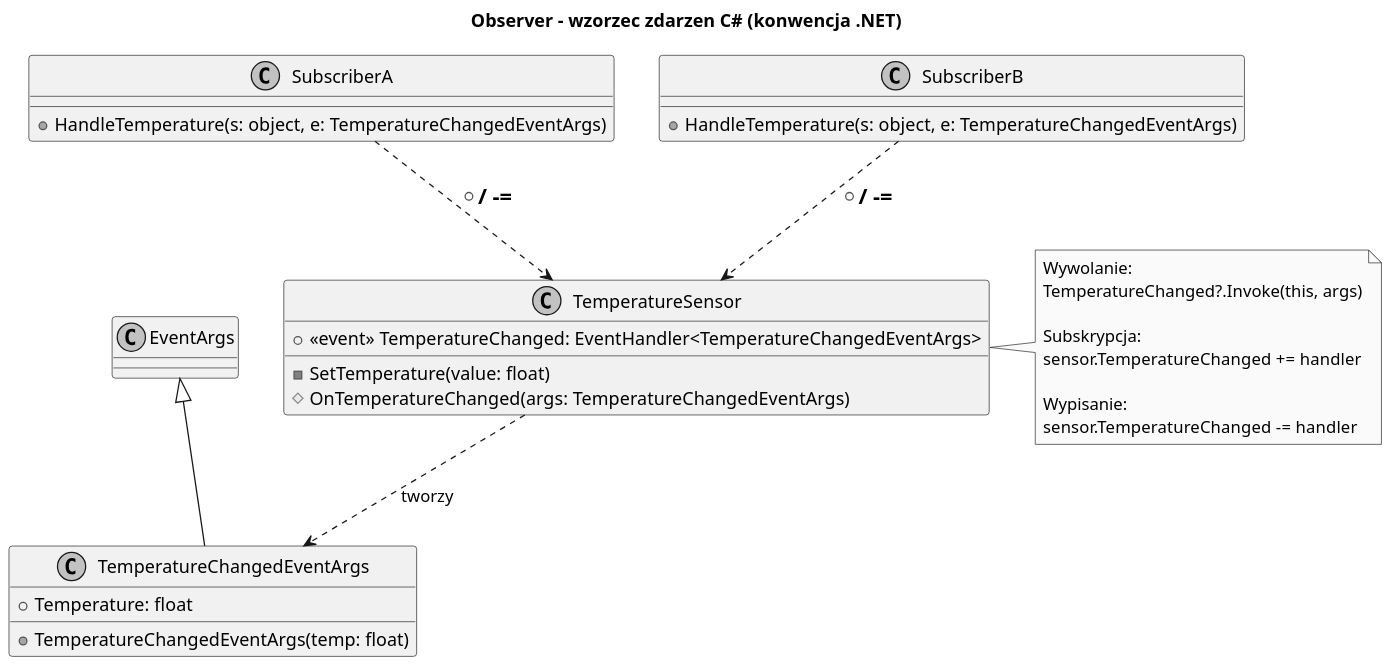
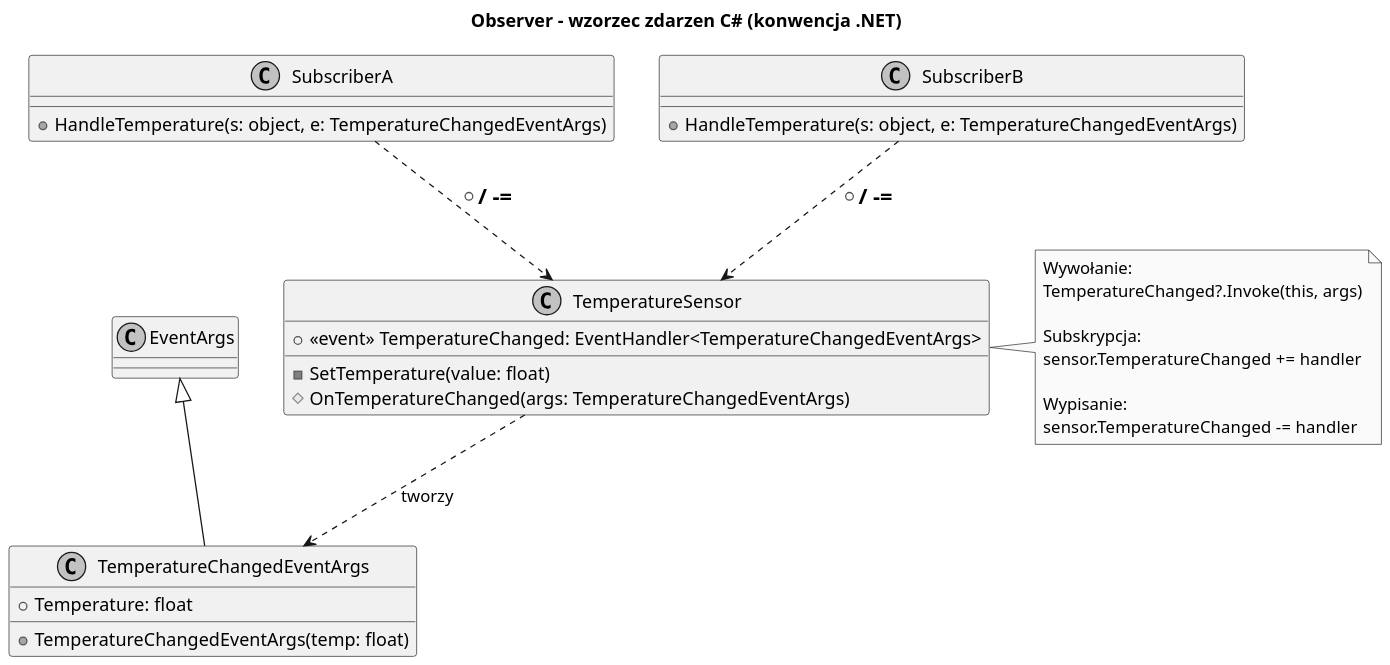
One commit to tborzyszkowski/DesignPatterns changed the diagram in src/13-obserwator/04-typy-implementacji-i-wybor/diagrams/02-event-pattern.puml. Above: the diagram before and after it, drawn with PlantUML. The commit also changed 87 other files, not shown here.

```diff
--- a/src/13-obserwator/04-typy-implementacji-i-wybor/diagrams/02-event-pattern.puml
+++ b/src/13-obserwator/04-typy-implementacji-i-wybor/diagrams/02-event-pattern.puml
@@ -1,46 +1,46 @@
 @startuml observer_event_pattern
 title Observer - wzorzec zdarzen C# (konwencja .NET)
 
 skinparam monochrome true
 skinparam dpi 150
 
 class EventArgs {
 }
 
 class TemperatureChangedEventArgs {
     + Temperature: float
     + TemperatureChangedEventArgs(temp: float)
 }
 
 EventArgs <|-- TemperatureChangedEventArgs
 
 class TemperatureSensor {
     + <<event>> TemperatureChanged: EventHandler<TemperatureChangedEventArgs>
     - SetTemperature(value: float)
     # OnTemperatureChanged(args: TemperatureChangedEventArgs)
 }
 
 note right of TemperatureSensor
-Wywolanie:
+Wywołanie:
 TemperatureChanged?.Invoke(this, args)
 
 Subskrypcja:
 sensor.TemperatureChanged += handler
 
 Wypisanie:
 sensor.TemperatureChanged -= handler
 end note
 
 class SubscriberA {
     + HandleTemperature(s: object, e: TemperatureChangedEventArgs)
 }
 
 class SubscriberB {
     + HandleTemperature(s: object, e: TemperatureChangedEventArgs)
 }
 
 TemperatureSensor ..> TemperatureChangedEventArgs : tworzy
 SubscriberA ..> TemperatureSensor : += / -=
 SubscriberB ..> TemperatureSensor : += / -=
 
 @enduml
```
